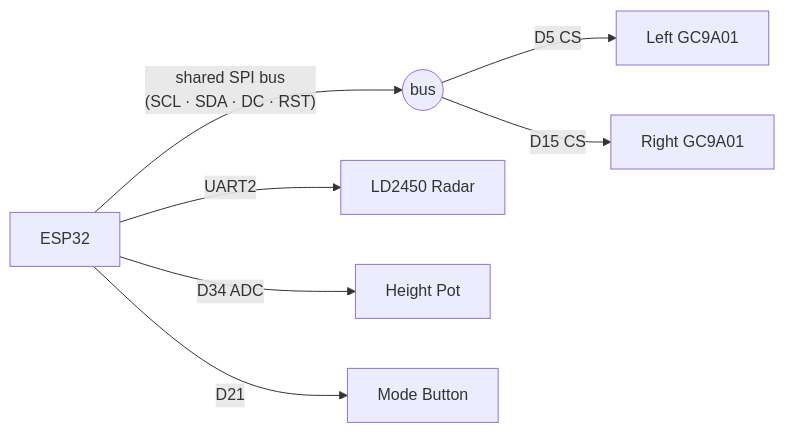
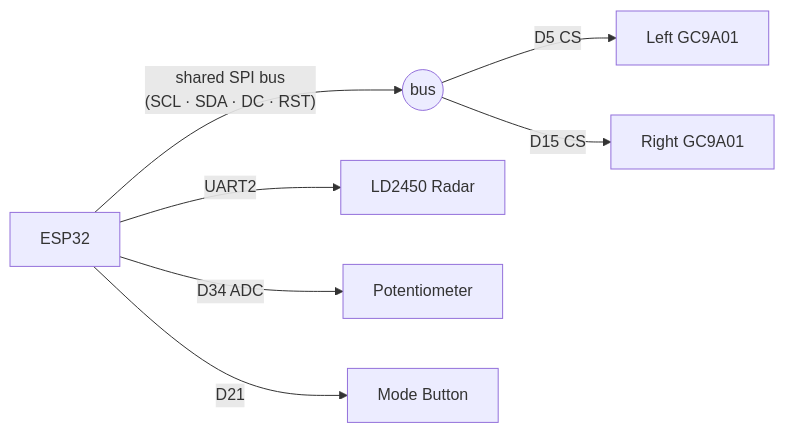
Before and after one commit to IanEngebrecht/EyeN: the diagram in README.md, drawn with Mermaid.

Commit message:
docs: rename Height Pot to Potentiometer in wiring diagram

````diff
--- a/README.md
+++ b/README.md
@@ -36,9 +36,9 @@
 ```mermaid
 graph LR
     ESP32["ESP32"] -->|"shared SPI bus\n(SCL · SDA · DC · RST)"| BUS((bus))
     BUS -->|D5 CS| LEFT[Left GC9A01]
     BUS -->|D15 CS| RIGHT[Right GC9A01]
     ESP32 -->|UART2| RADAR[LD2450 Radar]
-    ESP32 -->|D34 ADC| POT[Height Pot]
+    ESP32 -->|D34 ADC| POT[Potentiometer]
     ESP32 -->|D21| BTN[Mode Button]
 ```
````
